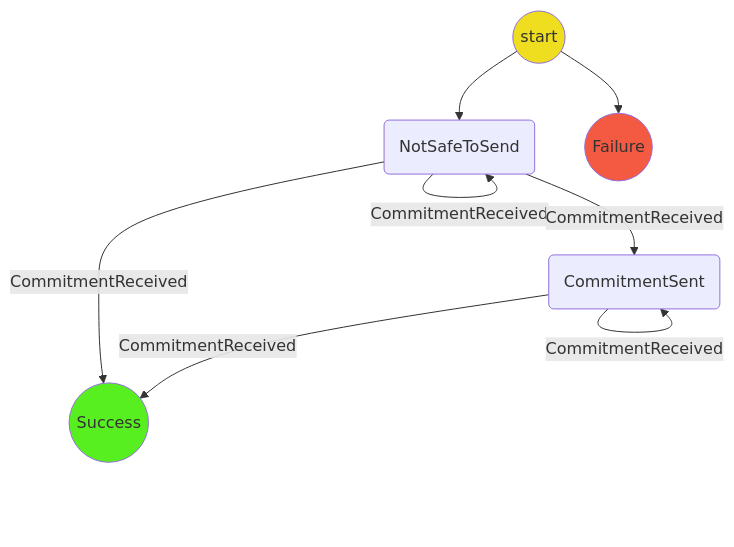
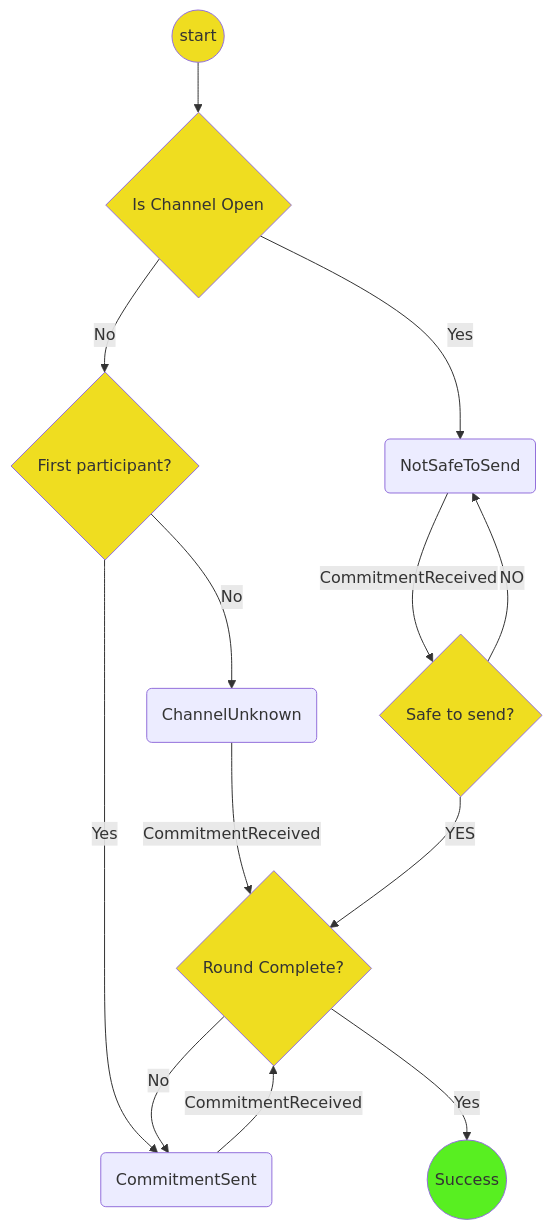
The diagram in packages/wallet/src/redux/protocols/advance-channel/readme.md (magmo/apps), drawn with Mermaid before and after one commit. The commit also changed other lines of this file, not shown here.

````diff
--- a/packages/wallet/src/redux/protocols/advance-channel/readme.md
+++ b/packages/wallet/src/redux/protocols/advance-channel/readme.md
@@ -47,19 +48,24 @@
 ```mermaid
 graph TD
 linkStyle default interpolate basis
-  St((start)) --> NSTS(NotSafeToSend)
-  NSTS -->|CommitmentReceived| NSTS
-  NSTS -->|CommitmentReceived| CS(CommitmentSent)
-  NSTS -->|CommitmentReceived| S
-  St((start)) --> F((Failure))
-  CS --> |CommitmentReceived| CS
-  CS --> |CommitmentReceived| S((Success))
+  St((start)) --> ICO{Is Channel Open}
+  ICO --> |Yes| NSTS(NotSafeToSend)
+  ICO --> |No| FP{First participant?}
+  FP --> |Yes|CS(CommitmentSent)
+  FP --> |No| CU(ChannelUnknown)
+  RC   -->|No| CS
+  CS   -->|CommitmentReceived| RC
+  CU   -->|CommitmentReceived| RC{Round Complete?}
+  NSTS -->|CommitmentReceived| STS{Safe to send?}
+  STS -->|YES| RC
+  STS -->|NO| NSTS
+  RC   -->|Yes| S((Success))
 
   classDef logic fill:#efdd20;
   classDef Success fill:#58ef21;
   classDef Failure fill:#f45941;
 
-  class St logic;
+  class St,STS,FP,ICO,RC logic;
   class S Success;
   class F Failure;
 ```
````
